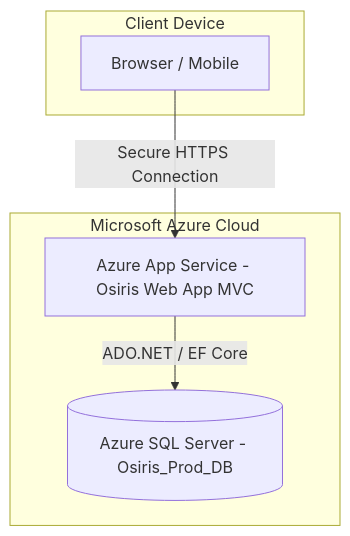
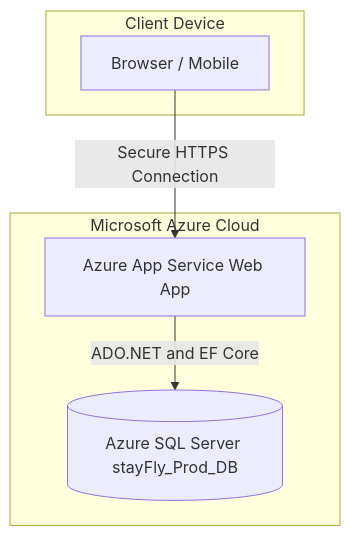
One commit to abdelrahmansaeed19/StayFly changed diagram 12 of 12 in docs/System_Analysis_and_Design.md. Above: the diagram before and after it, drawn with Mermaid. The commit also changed other lines of this file, not shown here.

Commit message:
Rename Osiris to stayFly in documentation

````diff
--- a/docs/System_Analysis_and_Design.md
+++ b/docs/System_Analysis_and_Design.md
@@ -313,15 +402,15 @@
 ```mermaid
 flowchart TD
-    subgraph Client Device
+    subgraph ClientDevice [Client Device]
         Browser[Browser / Mobile]
     end
     
-    subgraph Microsoft Azure Cloud
-        App[Azure App Service - Osiris Web App MVC]
-        DB[(Azure SQL Server - Osiris_Prod_DB)]
+    subgraph AzureEnvironment [Microsoft Azure Cloud]
+        App[Azure App Service Web App]
+        DB[(Azure SQL Server stayFly_Prod_DB)]
     end
 
     Browser -->|Secure HTTPS Connection| App
-    App -->|ADO.NET / EF Core| DB
+    App -->|ADO.NET and EF Core| DB
 
 ```
````
